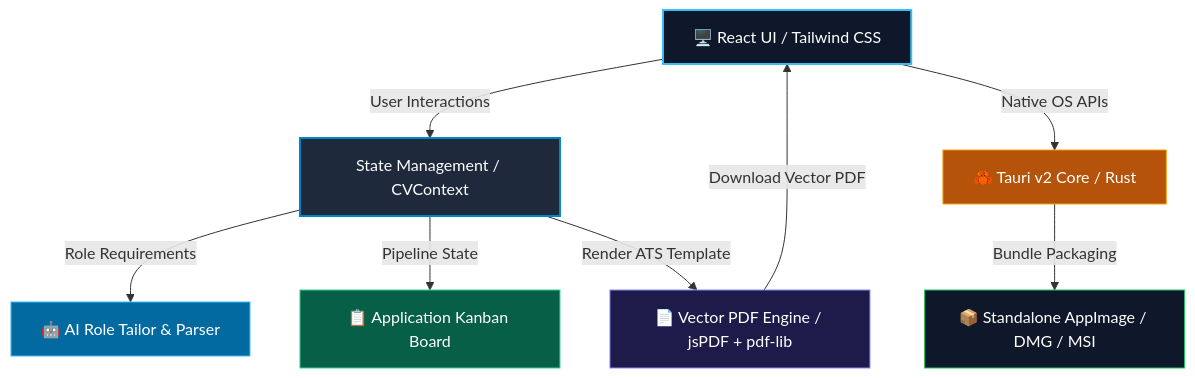
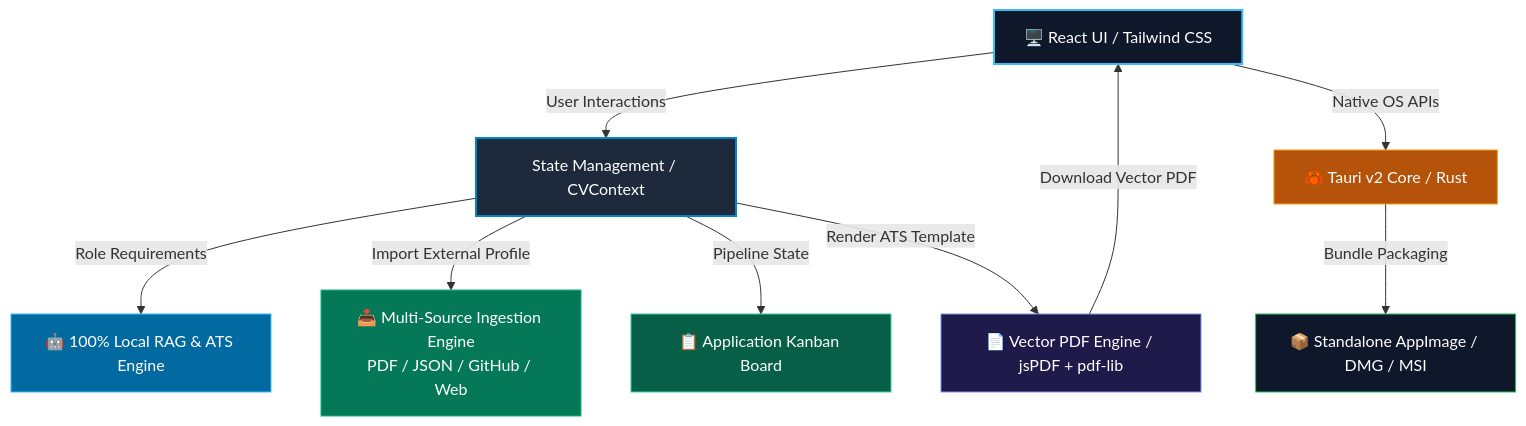
One commit to Veras-D/CV_Maker changed the diagram in README.md. Above: the diagram before and after it, drawn with Mermaid. The commit also changed other lines of this file, not shown here.

Commit message:
Update README with 5-stage quality & security gates, local RAG architecture, and modular structure

````diff
--- a/README.md
+++ b/README.md
@@ -57,26 +64,29 @@
 ```mermaid
 graph TD
     Client[🖥️ React UI / Tailwind CSS]
     Context[State Management / CVContext]
-    AIEngine[🤖 AI Role Tailor & Parser]
+    LocalRAG[🤖 100% Local RAG & ATS Engine]
+    Ingestion[📥 Multi-Source Ingestion Engine\nPDF / JSON / GitHub / Web]
     Kanban[📋 Application Kanban Board]
     PDFEngine[📄 Vector PDF Engine / jsPDF + pdf-lib]
     RustBackend[🦀 Tauri v2 Core / Rust]
     DesktopBinary[📦 Standalone AppImage / DMG / MSI]
 
     Client -->|User Interactions| Context
-    Context -->|Role Requirements| AIEngine
+    Context -->|Role Requirements| LocalRAG
+    Context -->|Import External Profile| Ingestion
     Context -->|Pipeline State| Kanban
     Context -->|Render ATS Template| PDFEngine
     Client -->|Native OS APIs| RustBackend
     RustBackend -->|Bundle Packaging| DesktopBinary
     PDFEngine -->|Download Vector PDF| Client
 
     style Client fill:#0f172a,stroke:#38bdf8,stroke-width:2px,color:#fff
     style Context fill:#1e293b,stroke:#0284c7,stroke-width:2px,color:#fff
-    style AIEngine fill:#0369a1,stroke:#38bdf8,color:#fff
+    style LocalRAG fill:#0369a1,stroke:#38bdf8,color:#fff
+    style Ingestion fill:#047857,stroke:#10b981,color:#fff
     style Kanban fill:#065f46,stroke:#34d399,color:#fff
     style PDFEngine fill:#1e1b4b,stroke:#818cf8,color:#fff
     style RustBackend fill:#b45309,stroke:#f59e0b,color:#fff
     style DesktopBinary fill:#0f172a,stroke:#22c55e,color:#fff
 ```
````
